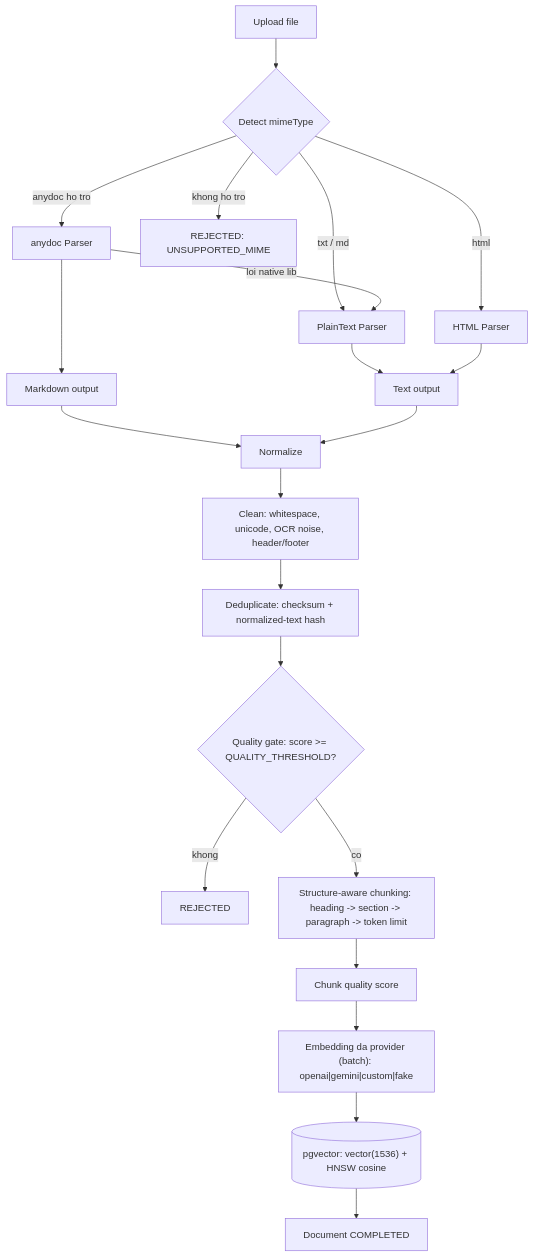
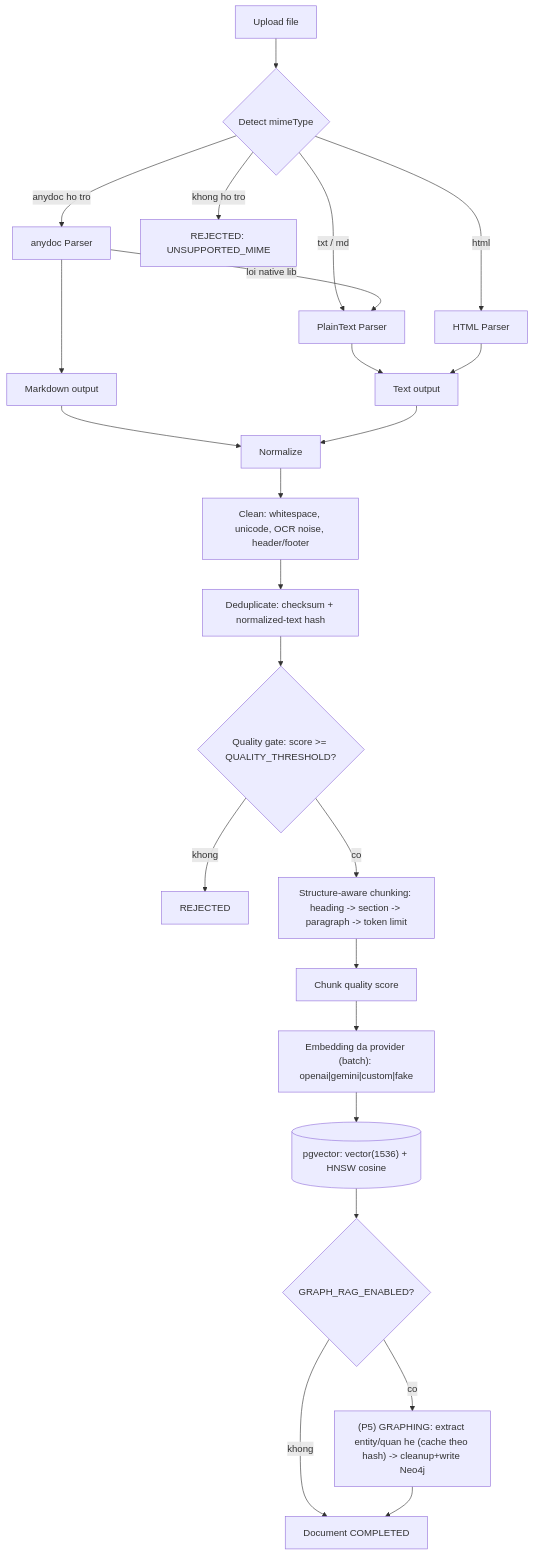
One commit to vietbevis/rag-reliability changed the first of 2 diagrams in docs/architecture/rag-architecture.md. Above: the diagram before and after it, drawn with Mermaid. The commit also changed other lines of this file and 43 other files, not shown here.

First line of the commit message:
feat(phase-5): Graph RAG construction (Neo4j entity/quan hệ)

````diff
--- a/docs/architecture/rag-architecture.md
+++ b/docs/architecture/rag-architecture.md
@@ -73,23 +73,26 @@
 ```mermaid
 flowchart TD
   U[Upload file] --> M{Detect mimeType}
   M -->|anydoc ho tro| A[anydoc Parser]
   M -->|txt / md| P[PlainText Parser]
   M -->|html| H[HTML Parser]
   M -->|khong ho tro| RJ[REJECTED: UNSUPPORTED_MIME]
   A -->|loi native lib| P
   A --> MD[Markdown output]
   P --> TX[Text output]
   H --> TX
   MD --> NRM[Normalize]
   TX --> NRM
   NRM --> CLN["Clean: whitespace, unicode, OCR noise, header/footer"]
   CLN --> DED["Deduplicate: checksum + normalized-text hash"]
   DED --> Q{"Quality gate: score >= QUALITY_THRESHOLD?"}
   Q -->|khong| RJ2[REJECTED]
   Q -->|co| CHK["Structure-aware chunking: heading -> section -> paragraph -> token limit"]
   CHK --> CQ[Chunk quality score]
   CQ --> EMB["Embedding da provider (batch): openai|gemini|custom|fake"]
   EMB --> PG[("pgvector: vector(1536) + HNSW cosine")]
-  PG --> DONE["Document COMPLETED"]
+  PG --> GRF{"GRAPH_RAG_ENABLED?"}
+  GRF -->|khong| DONE["Document COMPLETED"]
+  GRF -->|co| GEX["(P5) GRAPHING: extract entity/quan he (cache theo hash) -> cleanup+write Neo4j"]
+  GEX --> DONE
 ```
````
